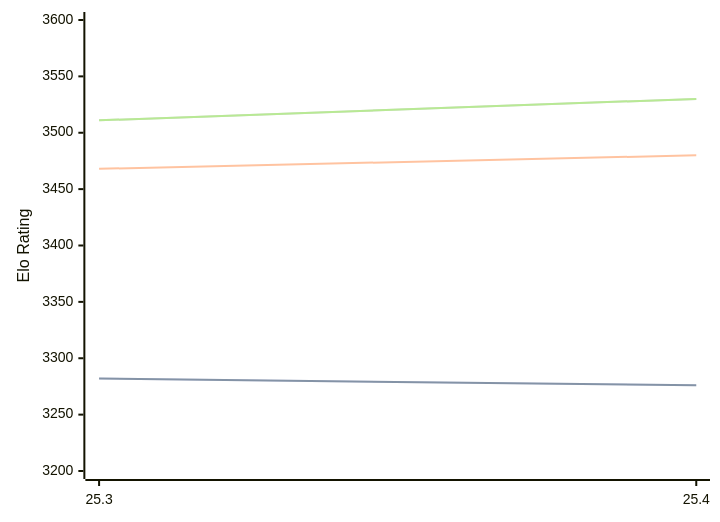
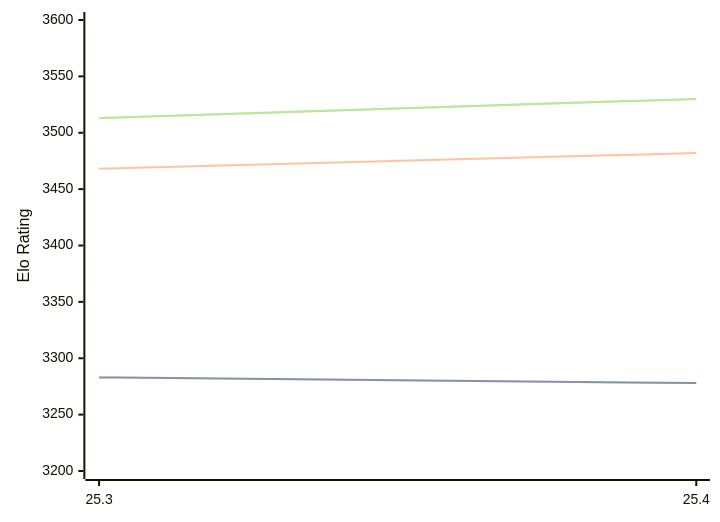
The diagram in engines/Arasan.md (computer-chess-index/cci), drawn with Mermaid before and after one commit. The commit also changed other lines of this file, not shown here.

Commit message:
Update CCI Ratings (ELO VLTC) - 2026-05-01

````diff
--- a/engines/Arasan.md
+++ b/engines/Arasan.md
@@ -33,11 +33,11 @@
 ```mermaid
 %%{init: {"theme":"base","themeVariables":{"seriesColors:['#a3a3a3','#222221','#faa371']}}}%%
 xychart-beta
   x-axis ["25.3", "25.4"]
   y-axis "Elo Rating" 3200 --> 3600
-  line "STC (8.0+0.08s)" [3282, 3276]
-  line "STC (8.0+0.08s)" [3282, 3276]
-  line "LTC (60.0+0.60s)" [3468, 3480]
-  line "VLTC (2m24s+1.12s)" [3511, 3530]
-  line "VLTC (2m24s+1.12s)" [3511, 3530]
+  line "STC (8.0+0.08s)" [3283, 3278]
+  line "STC (8.0+0.08s)" [3283, 3278]
+  line "LTC (60.0+0.60s)" [3468, 3482]
+  line "VLTC (2m24s+1.12s)" [3513, 3530]
+  line "VLTC (2m24s+1.12s)" [3513, 3530]
 ```
````
